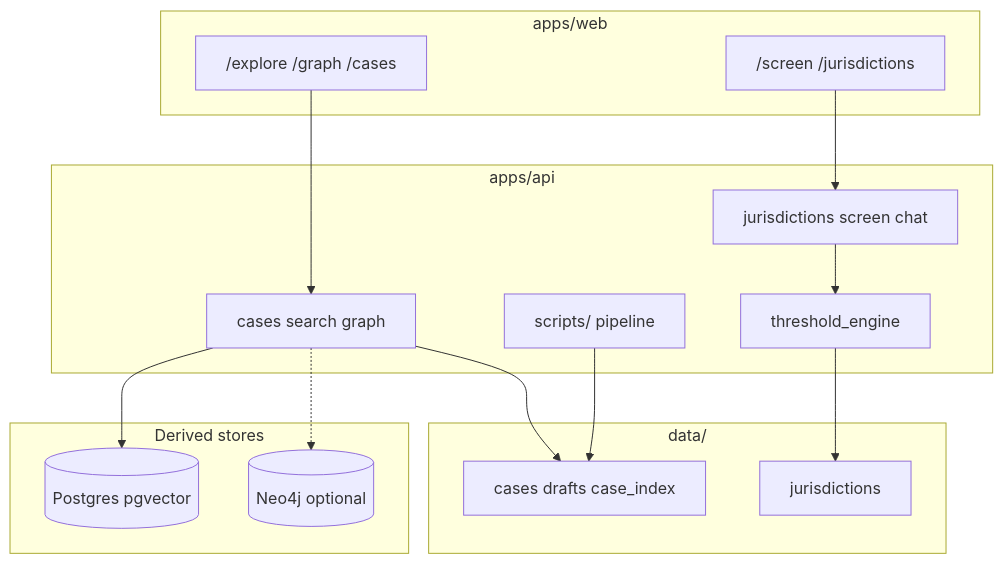
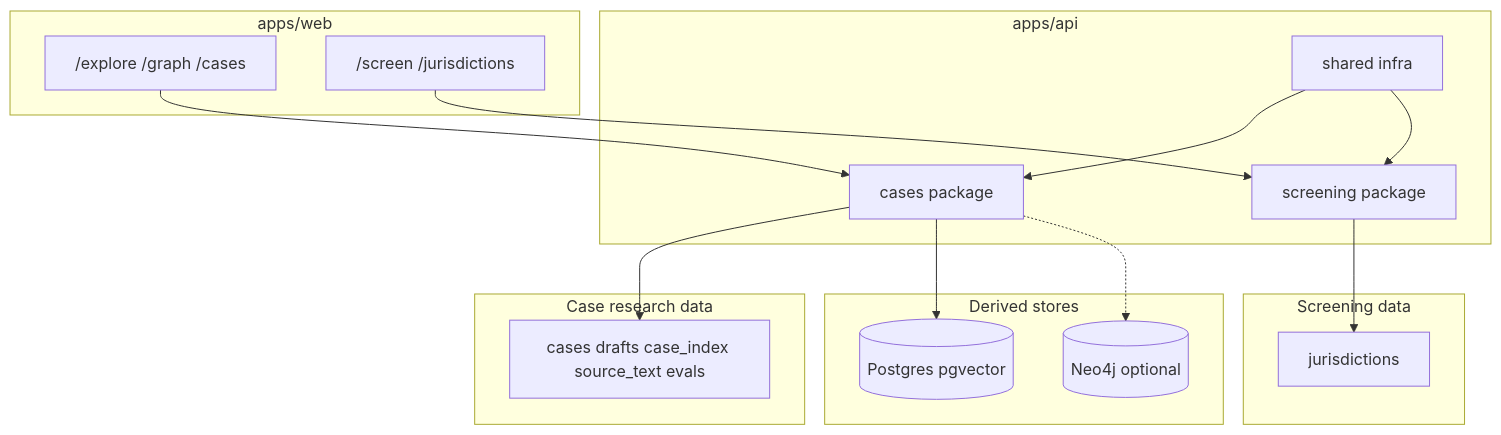
The diagram in docs/architecture/overview.md (thepranky/open-market), drawn with Mermaid before and after one commit. The commit also changed other lines of this file and 3 other files, not shown here.

````diff
--- a/docs/architecture/overview.md
+++ b/docs/architecture/overview.md
@@ -7,29 +8,30 @@
 ```mermaid
 flowchart TB
     subgraph web [apps/web]
         Explore["/explore /graph /cases"]
         Screen["/screen /jurisdictions"]
     end
     subgraph api [apps/api]
-        CaseRouters[cases search graph]
-        JurisRouters[jurisdictions screen chat]
-        Threshold[threshold_engine]
-        Pipeline[scripts/ pipeline]
+        CasePkg[cases package]
+        ScreenPkg[screening package]
+        SharedPkg[shared infra]
     end
-    subgraph data [data/]
-        Cases[cases drafts case_index]
+    subgraph dataCase [Case research data]
+        Cases[cases drafts case_index source_text evals]
+    end
+    subgraph dataScreen [Screening data]
         Juris[jurisdictions]
     end
     subgraph derived [Derived stores]
         PG[(Postgres pgvector)]
         Neo4j[(Neo4j optional)]
     end
-    Explore --> CaseRouters
-    Screen --> JurisRouters
-    CaseRouters --> Cases
-    JurisRouters --> Threshold
-    Threshold --> Juris
-    CaseRouters --> PG
-    Pipeline --> Cases
-    CaseRouters -.-> Neo4j
+    Explore --> CasePkg
+    Screen --> ScreenPkg
+    CasePkg --> Cases
+    ScreenPkg --> Juris
+    CasePkg --> PG
+    CasePkg -.-> Neo4j
+    SharedPkg --> CasePkg
+    SharedPkg --> ScreenPkg
 ```
````
